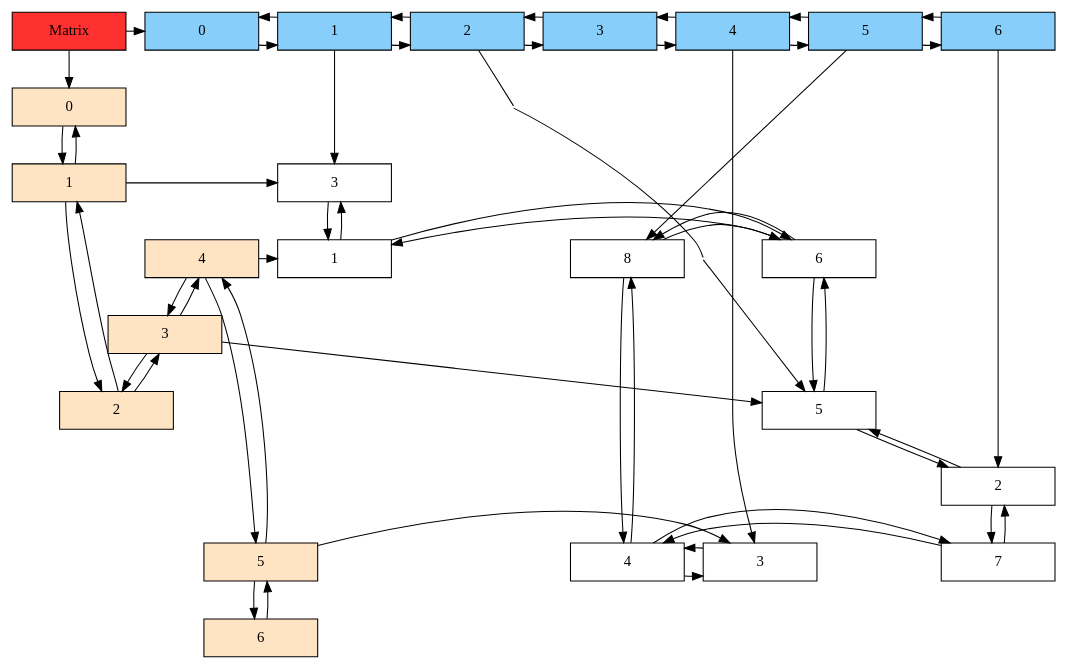
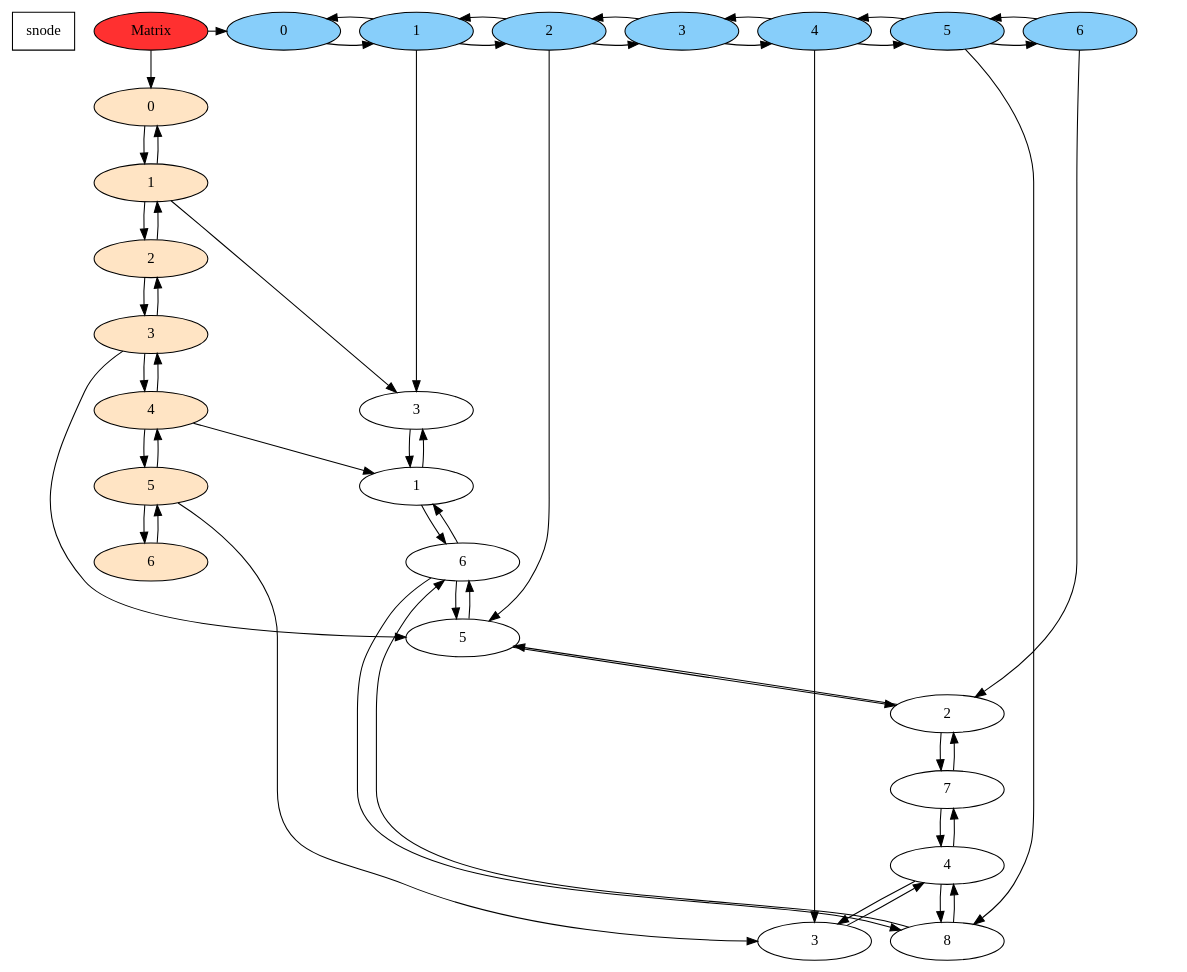
One commit to SergioMenaQuispe/visualizador changed the diagram in sparsa/a.dot. Above: the diagram before and after it, drawn with Graphviz. The commit also changed 2 other files, not shown here.

```diff
--- a/sparsa/a.dot
+++ b/sparsa/a.dot
@@ -1,109 +1,84 @@
 digraph Sparce_Matrix { 
-	node [shape=box]
-	Mt[ label = "Matrix", width = 1.5, style = filled, fillcolor = firebrick1, group = 1 ];	
-	U0 [label = "0" width = 1.5 style = filled, fillcolor = bisque1, group = 1 ];
+	snode [shape=box]
+	Mt[ label = "Matrix", width = 1.5, style = filled, fillcolor = firebrick1, group = 1 ];
+	e0[ shape = point, width = 0 ];
+	e1[ shape = point, width = 0 ];	U0 [label = "0" width = 1.5 style = filled, fillcolor = bisque1, group = 1 ];
 	U1 [label = "1" width = 1.5 style = filled, fillcolor = bisque1, group = 1 ];
 	U2 [label = "2" width = 1.5 style = filled, fillcolor = bisque1, group = 1 ];
 	U3 [label = "3" width = 1.5 style = filled, fillcolor = bisque1, group = 1 ];
 	U4 [label = "4" width = 1.5 style = filled, fillcolor = bisque1, group = 1 ];
 	U5 [label = "5" width = 1.5 style = filled, fillcolor = bisque1, group = 1 ];
 	U6 [label = "6" width = 1.5 style = filled, fillcolor = bisque1, group = 1 ];
 	U0 -> U1
 	U1 -> U0
 	U1 -> U2
 	U2 -> U1
 	U2 -> U3
 	U3 -> U2
 	U3 -> U4
 	U4 -> U3
 	U4 -> U5
 	U5 -> U4
 	U5 -> U6
 	U6 -> U5
 	A0 [label = "0"   width = 1.5 style = filled, fillcolor = lightskyblue, group = 2 ];
 	A1 [label = "1"   width = 1.5 style = filled, fillcolor = lightskyblue, group = 3 ];
 	A2 [label = "2"   width = 1.5 style = filled, fillcolor = lightskyblue, group = 4 ];
 	A3 [label = "3"   width = 1.5 style = filled, fillcolor = lightskyblue, group = 5 ];
 	A4 [label = "4"   width = 1.5 style = filled, fillcolor = lightskyblue, group = 6 ];
 	A5 [label = "5"   width = 1.5 style = filled, fillcolor = lightskyblue, group = 7 ];
 	A6 [label = "6"   width = 1.5 style = filled, fillcolor = lightskyblue, group = 8 ];
 	A0 -> A1
 	A1 -> A0
 	A1 -> A2
 	A2 -> A1
 	A2 -> A3
 	A3 -> A2
 	A3 -> A4
 	A4 -> A3
 	A4 -> A5
 	A5 -> A4
 	A5 -> A6
 	A6 -> A5
 
 	Mt -> U0;
 	Mt -> A0;
 	{ rank = same; Mt;A0; A1; A2; A3; A4; A5; A6; }
-
-
 	N1_L1[label = "3" width = 1.5, group = 3 ];
 	N2_L3[label = "5" width = 1.5, group = 4 ];
 	N6_L3[label = "2" width = 1.5, group = 8 ];
 	N1_L4[label = "1" width = 1.5, group = 3 ];
 	N2_L4[label = "6" width = 1.5, group = 4 ];
 	N5_L4[label = "8" width = 1.5, group = 7 ];
 	N4_L5[label = "3" width = 1.5, group = 6 ];
 	N5_L5[label = "4" width = 1.5, group = 7 ];
 	N6_L5[label = "7" width = 1.5, group = 8 ];
-
 	A1 -> N1_L1
 	U1 -> N1_L1
-
-	
-	
-	e0[ shape = point, width = 0 ];
-	e1[ shape = point, width = 0 ];
-	A2 -> e0 -> e1[dir = none]
-	e1 ->  N2_L3
-
-	//A2 -> N2_L3
+	A2 -> N2_L3
 	U3 -> N2_L3
-
-	
 	A6 -> N6_L3
-
-
 	N6_L3 -> N2_L3
 	N2_L3 -> N6_L3
-
-
 	N1_L4 -> N1_L1
 	N1_L1 -> N1_L4
-
 	U4 -> N1_L4
 	N2_L4 -> N2_L3
 	N2_L3 -> N2_L4
 	N2_L4 -> N1_L4
 	N1_L4 -> N2_L4
-
 	A5 -> N5_L4
 	N5_L4 -> N2_L4
 	N2_L4 -> N5_L4
-
 	A4 -> N4_L5
 	U5 -> N4_L5
-
 	N5_L5 -> N5_L4
 	N5_L4 -> N5_L5
 	N5_L5 -> N4_L5
 	N4_L5 -> N5_L5
 	N6_L5 -> N6_L3
 	N6_L3 -> N6_L5
 	N6_L5 -> N5_L5
 	N5_L5 -> N6_L5
 
-	{ rank=same; U1; N1_L1};
-	{ rank=same; U4; N1_L4; N2_L4; N5_L4};
-	{ rank=same; U5; N4_L5; N5_L5; N6_L5};
-
-
 }
```
